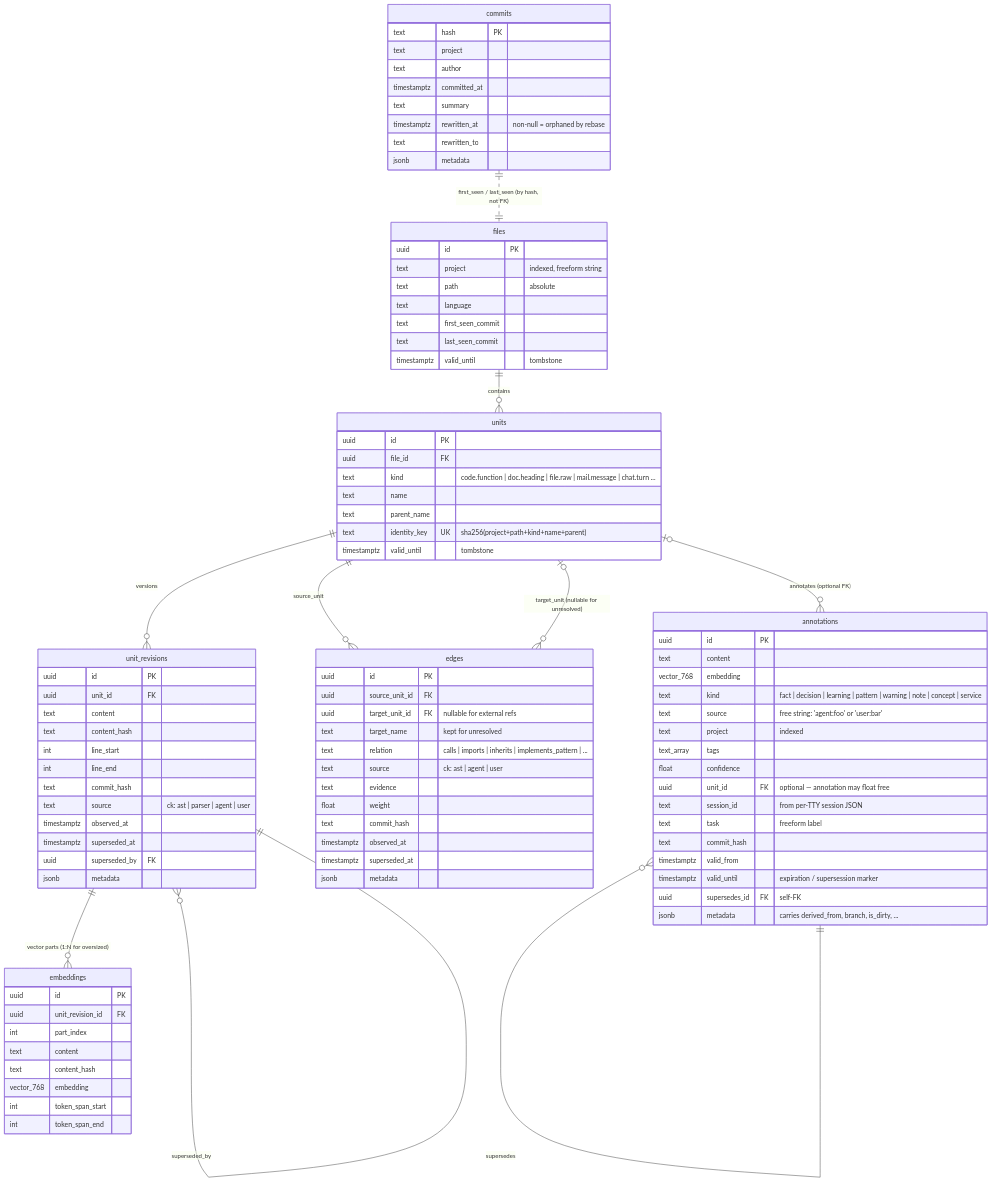
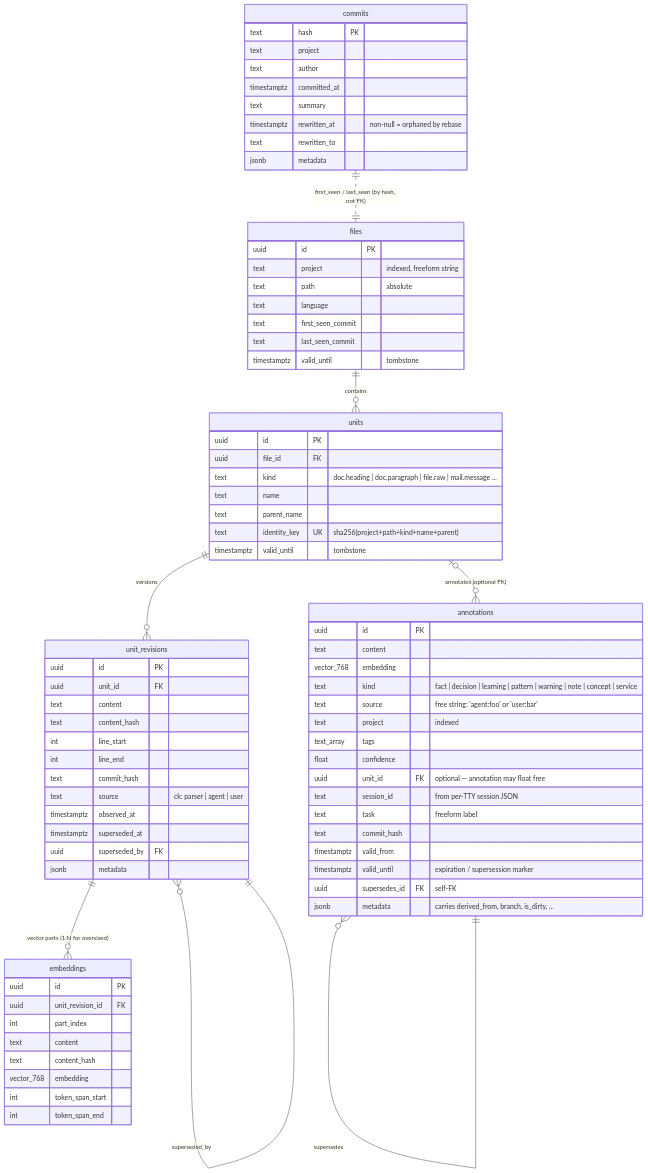
The fourth of 7 diagrams in docs/architecture.md (irsali/hafiz), drawn with Mermaid before and after one commit. The commit also changed other lines of this file and 56 other files, not shown here.

```diff
--- a/docs/architecture.md
+++ b/docs/architecture.md
@@ -204,8 +189,6 @@
     files ||--o{ units : "contains"
     units ||--o{ unit_revisions : "versions"
     unit_revisions ||--o{ embeddings : "vector parts (1:N for oversized)"
-    units ||--o{ edges : "source_unit"
-    units |o--o{ edges : "target_unit (nullable for unresolved)"
     units |o--o{ annotations : "annotates (optional FK)"
     annotations }o--|| annotations : "supersedes"
     unit_revisions }o--|| unit_revisions : "superseded_by"
@@ -233,7 +216,7 @@
     units {
         uuid id PK
         uuid file_id FK
-        text kind "code.function | doc.heading | file.raw | mail.message | chat.turn ..."
+        text kind "doc.heading | doc.paragraph | file.raw | mail.message ..."
         text name
         text parent_name
         text identity_key UK "sha256(project+path+kind+name+parent)"
@@ -247,7 +230,7 @@
         int line_start
         int line_end
         text commit_hash
-        text source "ck: ast | parser | agent | user"
+        text source "ck: parser | agent | user"
         timestamptz observed_at
         timestamptz superseded_at
         uuid superseded_by FK
@@ -262,20 +245,6 @@
         vector_768 embedding
         int token_span_start
         int token_span_end
-    }
-    edges {
-        uuid id PK
-        uuid source_unit_id FK
-        uuid target_unit_id FK "nullable for external refs"
-        text target_name "kept for unresolved"
-        text relation "calls | imports | inherits | implements_pattern | ..."
-        text source "ck: ast | agent | user"
-        text evidence
-        float weight
-        text commit_hash
-        timestamptz observed_at
-        timestamptz superseded_at
-        jsonb metadata
     }
     annotations {
         uuid id PK
```
